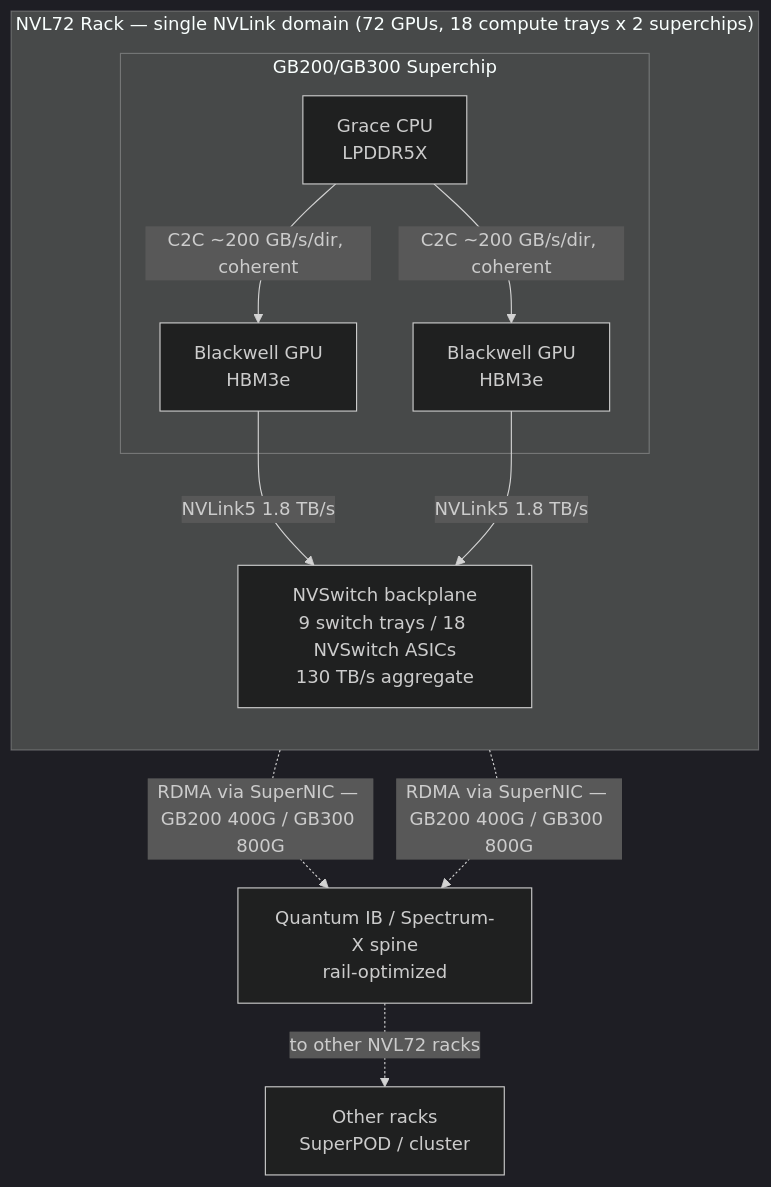
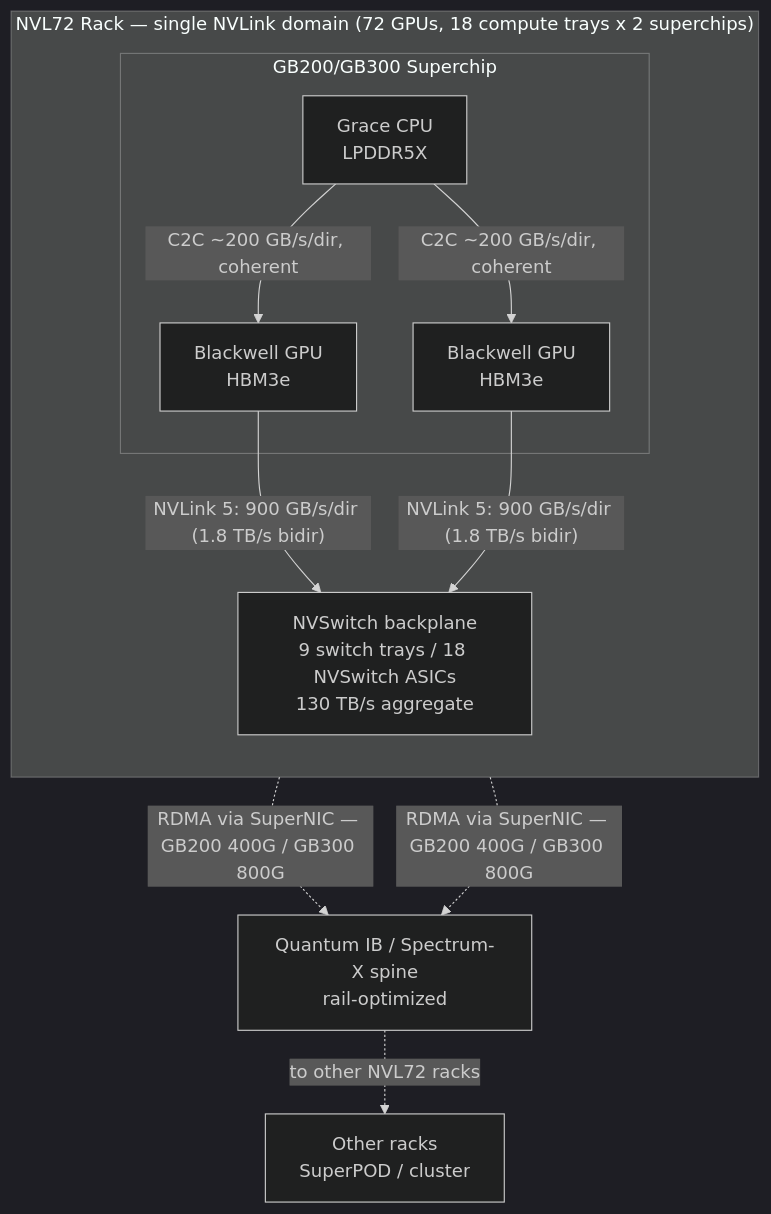
Before and after one commit to dfwguy/validation: the first of 11 diagrams in nvl72.md, drawn with Mermaid (dark theme). The commit also changed other lines of this file, not shown here.

First line of the commit message:
Clarify C2C vs NVLink bandwidth framing and measurement provenance

````diff
--- a/nvl72.md
+++ b/nvl72.md
@@ -25,23 +25,23 @@
 ```mermaid
 flowchart TB
     subgraph RACK["NVL72 Rack — single NVLink domain (72 GPUs, 18 compute trays x 2 superchips)"]
         direction TB
         subgraph SC1["GB200/GB300 Superchip"]
             G1["Grace CPU<br/>LPDDR5X"]
             B1["Blackwell GPU<br/>HBM3e"]
             B2["Blackwell GPU<br/>HBM3e"]
             G1 -- "C2C ~200 GB/s/dir, coherent" --> B1
             G1 -- "C2C ~200 GB/s/dir, coherent" --> B2
         end
         NVS["NVSwitch backplane<br/>9 switch trays / 18 NVSwitch ASICs<br/>130 TB/s aggregate"]
-        B1 -- "NVLink5 1.8 TB/s" --> NVS
-        B2 -- "NVLink5 1.8 TB/s" --> NVS
+        B1 -- "NVLink 5: 900 GB/s/dir (1.8 TB/s bidir)" --> NVS
+        B2 -- "NVLink 5: 900 GB/s/dir (1.8 TB/s bidir)" --> NVS
     end
 
     SPINE["Quantum IB / Spectrum-X spine<br/>rail-optimized"]
     OTHER["Other racks<br/>SuperPOD / cluster"]
 
     B1 -. "RDMA via SuperNIC — GB200 400G / GB300 800G" .-> SPINE
     B2 -. "RDMA via SuperNIC — GB200 400G / GB300 800G" .-> SPINE
     SPINE -. "to other NVL72 racks" .-> OTHER
 ```
````
